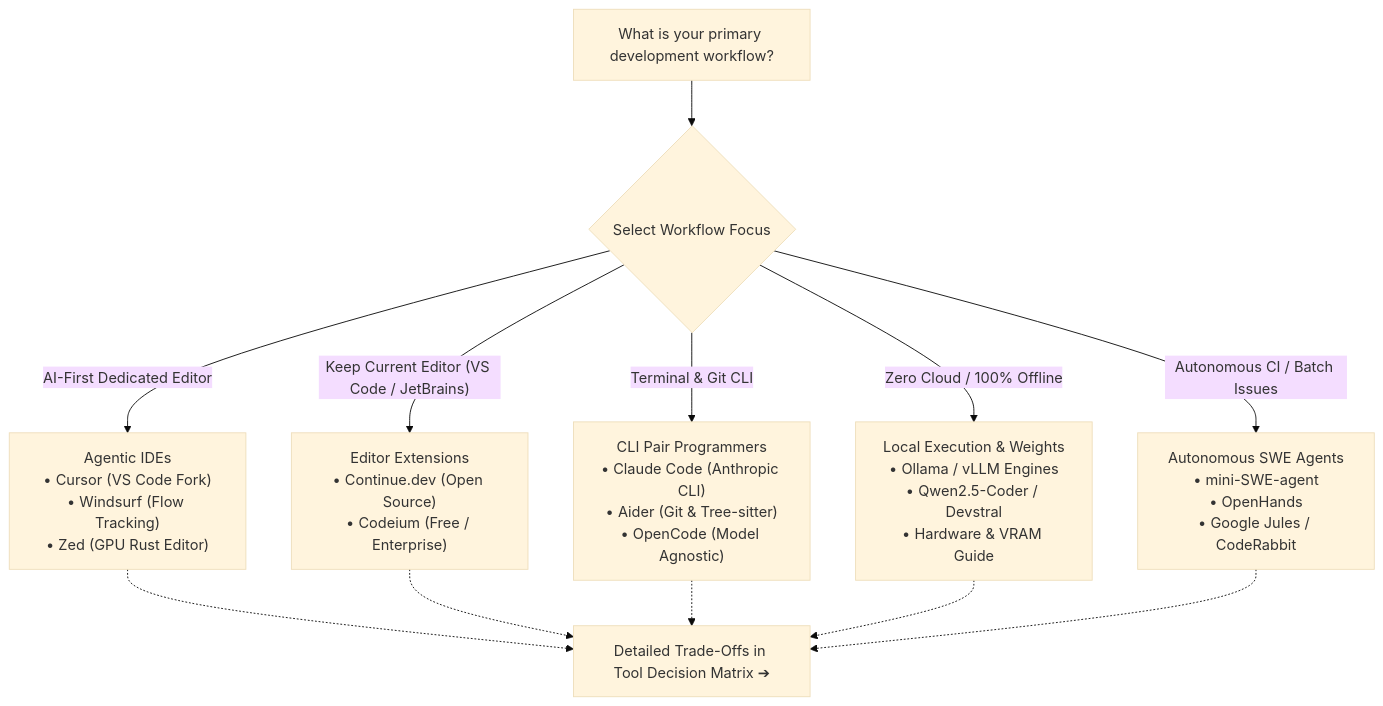
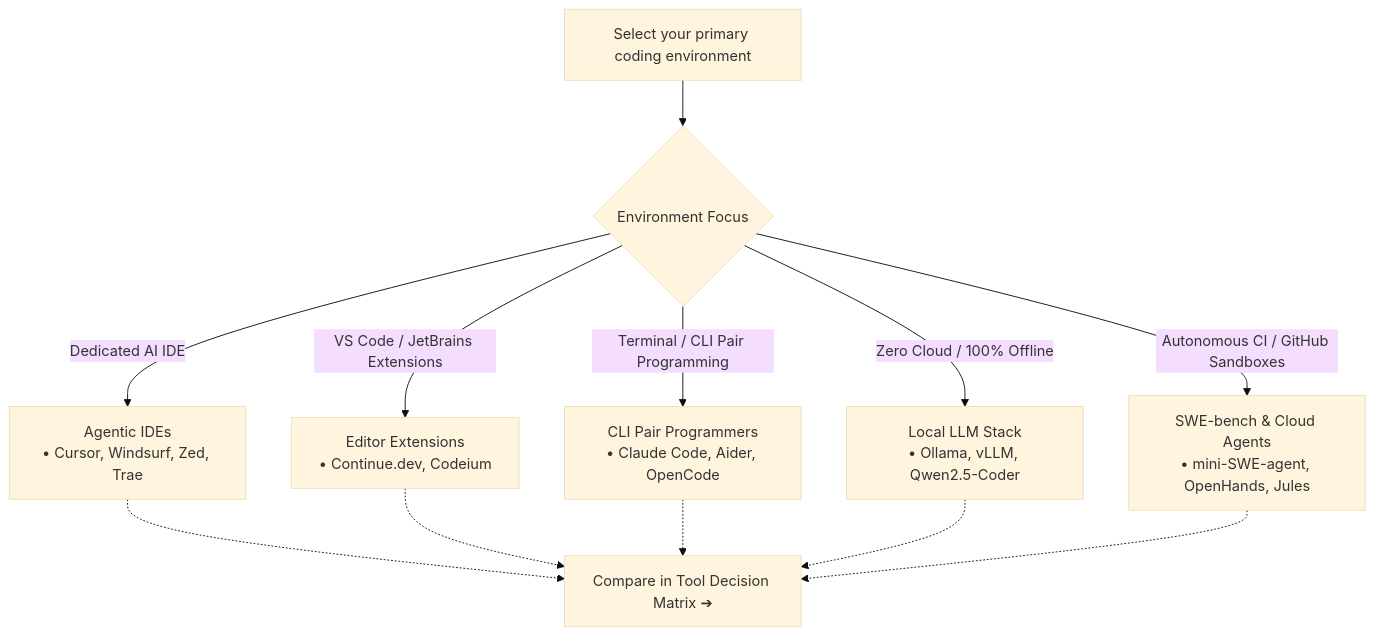
The second of 2 diagrams in README.md (mahmoudsajjadi/awesome-ai-coding-tools), drawn with Mermaid (base theme) before and after one commit. The commit also changed other lines of this file, not shown here.

Commit message:
feat(readme): add experience-level (Beginner/Intermediate/Expert) and environment decision flowcharts

````diff
--- a/README.md
+++ b/README.md
@@ -29,18 +46,18 @@
 ```mermaid
 flowchart TD
-    Start["What is your primary development workflow?"] --> Q1{"Select Workflow Focus"}
+    EnvStart["Select your primary coding environment"] --> E1{"Environment Focus"}
     
-    Q1 -->|"AI-First Dedicated Editor"| IDE["Agentic IDEs<br/>• Cursor (VS Code Fork)<br/>• Windsurf (Flow Tracking)<br/>• Zed (GPU Rust Editor)"]
-    Q1 -->|"Keep Current Editor (VS Code / JetBrains)"| EXT["Editor Extensions<br/>• Continue.dev (Open Source)<br/>• Codeium (Free / Enterprise)"]
-    Q1 -->|"Terminal & Git CLI"| CLI["CLI Pair Programmers<br/>• Claude Code (Anthropic CLI)<br/>• Aider (Git & Tree-sitter)<br/>• OpenCode (Model Agnostic)"]
-    Q1 -->|"Zero Cloud / 100% Offline"| LOCAL["Local Execution & Weights<br/>• Ollama / vLLM Engines<br/>• Qwen2.5-Coder / Devstral<br/>• Hardware & VRAM Guide"]
-    Q1 -->|"Autonomous CI / Batch Issues"| SWE["Autonomous SWE Agents<br/>• mini-SWE-agent<br/>• OpenHands<br/>• Google Jules / CodeRabbit"]
+    E1 -->|"Dedicated AI IDE"| IDE["Agentic IDEs<br/>• Cursor, Windsurf, Zed, Trae"]
+    E1 -->|"VS Code / JetBrains Extensions"| EXT["Editor Extensions<br/>• Continue.dev, Codeium"]
+    E1 -->|"Terminal / CLI Pair Programming"| CLI["CLI Pair Programmers<br/>• Claude Code, Aider, OpenCode"]
+    E1 -->|"Zero Cloud / 100% Offline"| LOCAL["Local LLM Stack<br/>• Ollama, vLLM, Qwen2.5-Coder"]
+    E1 -->|"Autonomous CI / GitHub Sandboxes"| AUTO["SWE-bench & Cloud Agents<br/>• mini-SWE-agent, OpenHands, Jules"]
 
-    IDE -.-> Matrix["Detailed Trade-Offs in Tool Decision Matrix ➔"]
+    IDE -.-> Matrix["Compare in Tool Decision Matrix ➔"]
     EXT -.-> Matrix
     CLI -.-> Matrix
     LOCAL -.-> Matrix
-    SWE -.-> Matrix
+    AUTO -.-> Matrix
 
     click Matrix "docs/TOOL_DECISION_MATRIX.md" "Open Tool Decision Matrix"
 ```
````
